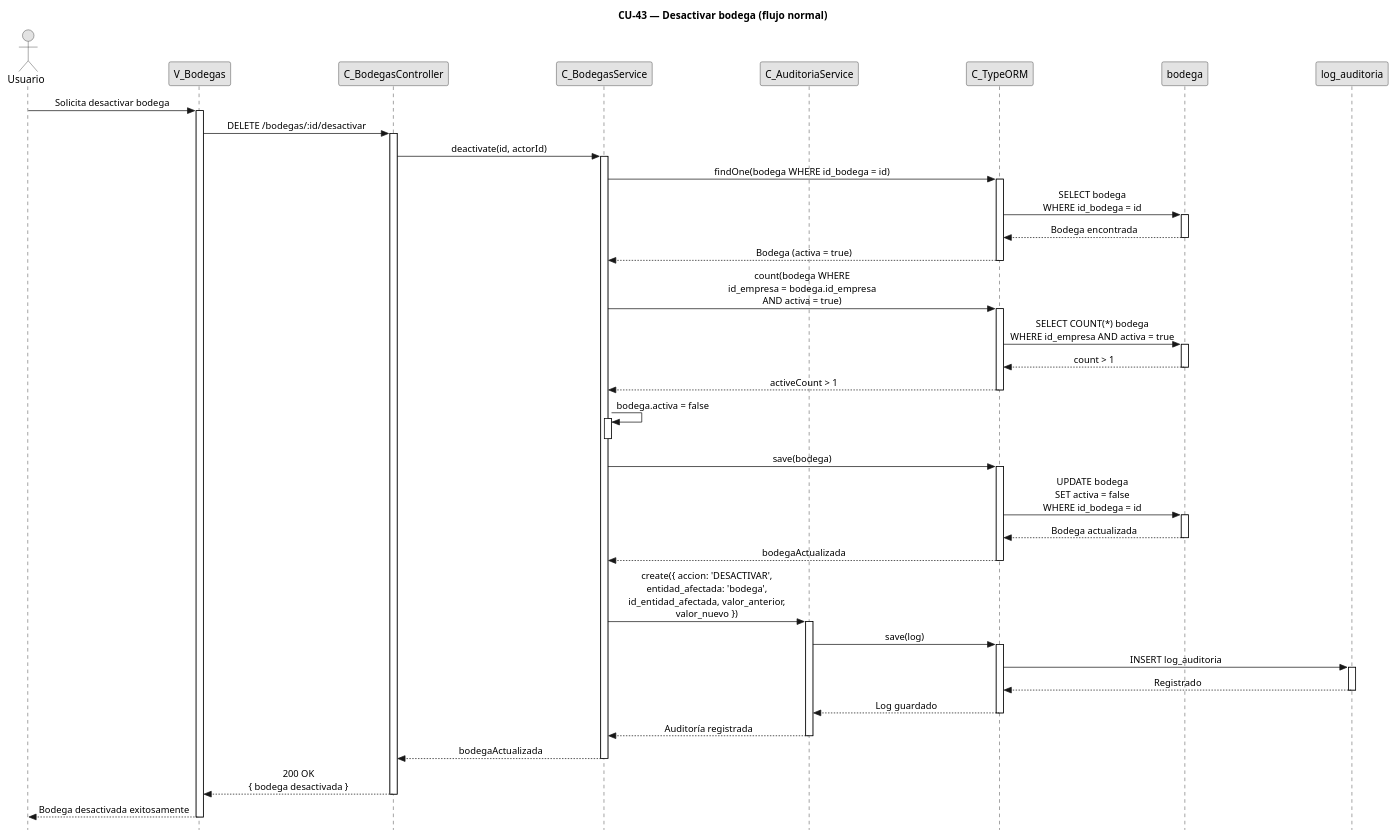
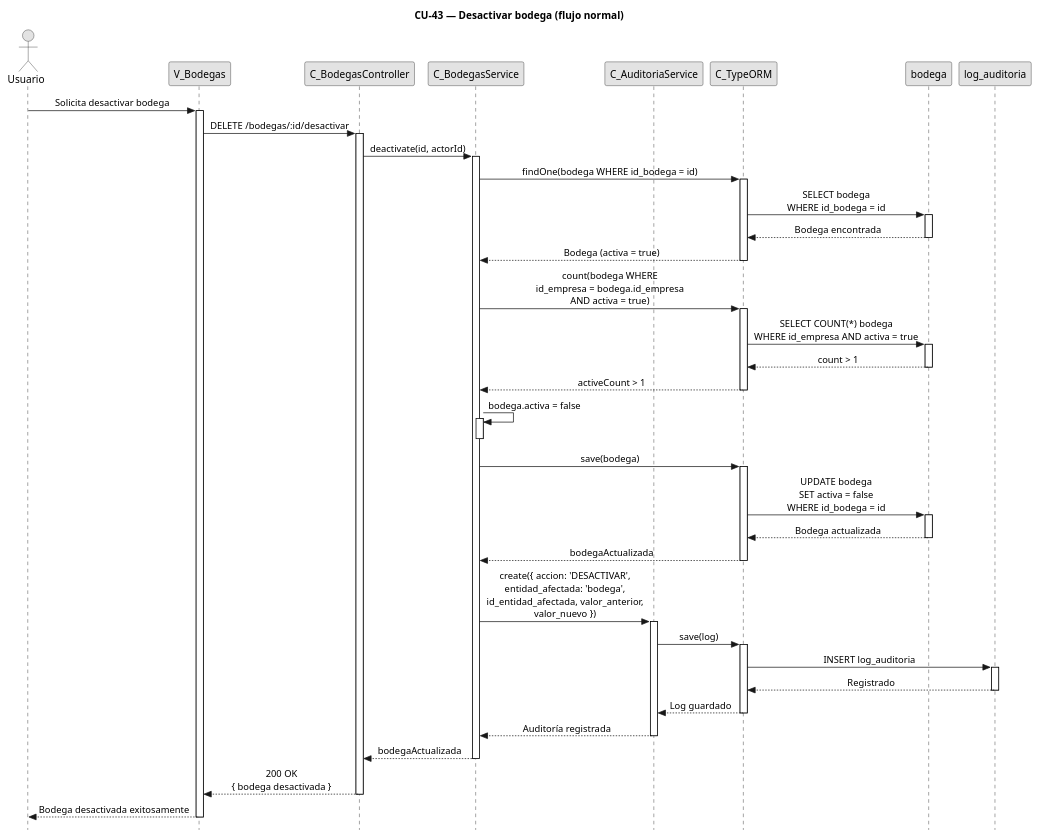
One commit to FSM-Finet-y-Cable-Magico/Team_1-Inventario-y-Bodega changed the diagram in diagramas-secuencia/CU43/CU43-normal.puml. Above: the diagram before and after it, drawn with PlantUML. The commit also changed 41 other files, not shown here.

```diff
--- a/diagramas-secuencia/CU43/CU43-normal.puml
+++ b/diagramas-secuencia/CU43/CU43-normal.puml
@@ -1,97 +1,95 @@
 @startuml CU43-normal
 title CU-43 — Desactivar bodega (flujo normal)
 
 skinparam style strictuml
 skinparam monochrome true
 skinparam shadowing false
 skinparam sequenceMessageAlign center
-skinparam ParticipantPadding 70
-skinparam ActorPadding 30
 skinparam sequence {
   MessageAlign center
   LifeLineBorderColor black
 }
 hide footbox
 
 actor "Usuario" as user
 participant "V_Bodegas" as view
 participant "C_BodegasController" as ctrl
 participant "C_BodegasService" as svc
 participant "C_AuditoriaService" as aud
 participant "C_TypeORM" as orm
 participant "bodega" as bent
 participant "log_auditoria" as aent
 
 user -> view : Solicita desactivar bodega
 activate view
 
 view -> ctrl : DELETE /bodegas/:id/desactivar
 activate ctrl
 
 ctrl -> svc : deactivate(id, actorId)
 activate svc
 
 svc -> orm : findOne(bodega WHERE id_bodega = id)
 activate orm
 
 orm -> bent : SELECT bodega\nWHERE id_bodega = id
 activate bent
 bent --> orm : Bodega encontrada
 deactivate bent
 
 orm --> svc : Bodega (activa = true)
 deactivate orm
 
 svc -> orm : count(bodega WHERE\nid_empresa = bodega.id_empresa\nAND activa = true)
 activate orm
 
 orm -> bent : SELECT COUNT(*) bodega\nWHERE id_empresa AND activa = true
 activate bent
 bent --> orm : count > 1
 deactivate bent
 
 orm --> svc : activeCount > 1
 deactivate orm
 
 svc -> svc : bodega.activa = false
 activate svc
 deactivate svc
 
 svc -> orm : save(bodega)
 activate orm
 
 orm -> bent : UPDATE bodega\nSET activa = false\nWHERE id_bodega = id
 activate bent
 bent --> orm : Bodega actualizada
 deactivate bent
 
 orm --> svc : bodegaActualizada
 deactivate orm
 
 svc -> aud : create({ accion: 'DESACTIVAR',\nentidad_afectada: 'bodega',\nid_entidad_afectada, valor_anterior,\nvalor_nuevo })
 activate aud
 
 aud -> orm : save(log)
 activate orm
 
 orm -> aent : INSERT log_auditoria
 activate aent
 aent --> orm : Registrado
 deactivate aent
 
 orm --> aud : Log guardado
 deactivate orm
 
 aud --> svc : Auditoría registrada
 deactivate aud
 
 svc --> ctrl : bodegaActualizada
 deactivate svc
 
 ctrl --> view : 200 OK\n{ bodega desactivada }
 deactivate ctrl
 
 view --> user : Bodega desactivada exitosamente
 deactivate view
 
 @enduml
```
